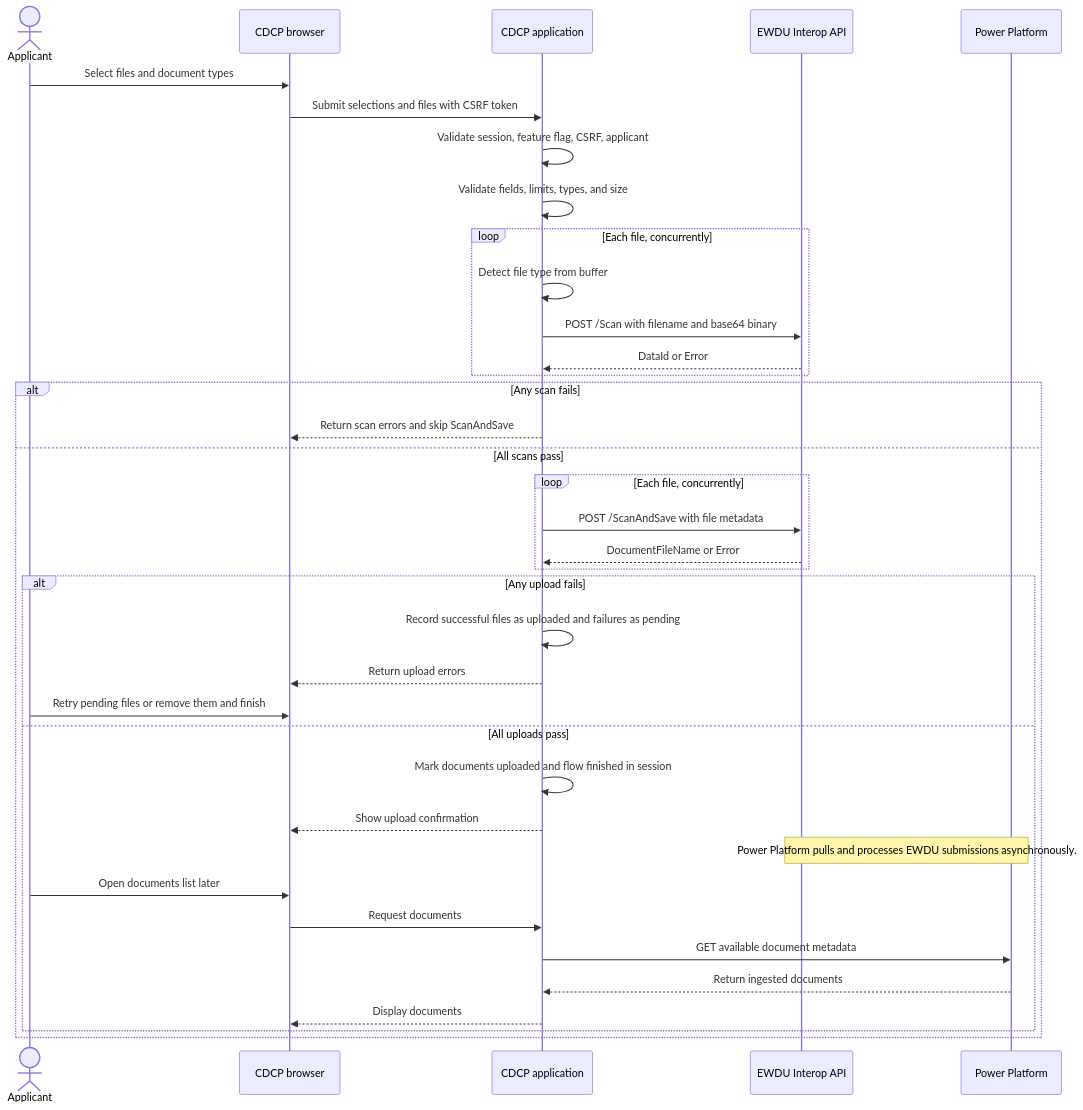
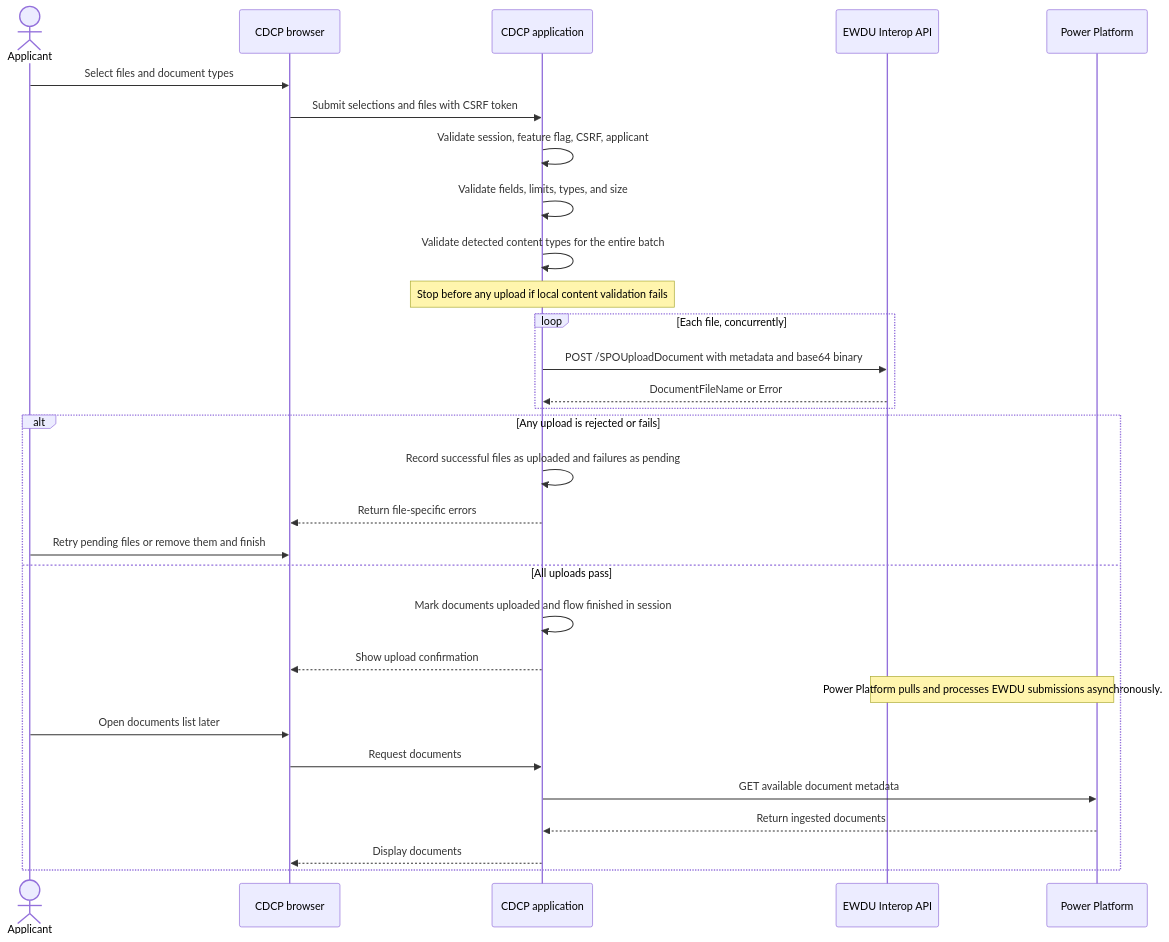
One commit to STN-DTS/canadian-dental-care-plan changed the diagram in frontend/other/docs/document-upload-feature.md. Above: the diagram before and after it, drawn with Mermaid. The commit also changed other lines of this file and 14 other files, not shown here.

Commit message:
remove duplicate document scann and update errors

````diff
--- a/frontend/other/docs/document-upload-feature.md
+++ b/frontend/other/docs/document-upload-feature.md
@@ -156,40 +156,33 @@
 ```mermaid
 sequenceDiagram
     actor Applicant
     participant Browser as CDCP browser
     participant App as CDCP application
     participant EWDU as EWDU Interop API
     participant PP as Power Platform
 
     Applicant->>Browser: Select files and document types
     Browser->>App: Submit selections and files with CSRF token
     App->>App: Validate session, feature flag, CSRF, applicant
     App->>App: Validate fields, limits, types, and size
+    App->>App: Validate detected content types for the entire batch
+    Note over App: Stop before any upload if local content validation fails
     loop Each file, concurrently
-      App->>App: Detect file type from buffer
-      App->>EWDU: POST /Scan with filename and base64 binary
-      EWDU-->>App: DataId or Error
+      App->>EWDU: POST /SPOUploadDocument with metadata and base64 binary
+      EWDU-->>App: DocumentFileName or Error
     end
-    alt Any scan fails
-      App-->>Browser: Return scan errors and skip ScanAndSave
-    else All scans pass
-      loop Each file, concurrently
-        App->>EWDU: POST /ScanAndSave with file metadata
-        EWDU-->>App: DocumentFileName or Error
-      end
-      alt Any upload fails
-        App->>App: Record successful files as uploaded and failures as pending
-        App-->>Browser: Return upload errors
-        Applicant->>Browser: Retry pending files or remove them and finish
-      else All uploads pass
-        App->>App: Mark documents uploaded and flow finished in session
-        App-->>Browser: Show upload confirmation
-        Note over EWDU,PP: Power Platform pulls and processes EWDU submissions asynchronously.
-        Applicant->>Browser: Open documents list later
-        Browser->>App: Request documents
-        App->>PP: GET available document metadata
-        PP-->>App: Return ingested documents
-        App-->>Browser: Display documents
-      end
+    alt Any upload is rejected or fails
+      App->>App: Record successful files as uploaded and failures as pending
+      App-->>Browser: Return file-specific errors
+      Applicant->>Browser: Retry pending files or remove them and finish
+    else All uploads pass
+      App->>App: Mark documents uploaded and flow finished in session
+      App-->>Browser: Show upload confirmation
+      Note over EWDU,PP: Power Platform pulls and processes EWDU submissions asynchronously.
+      Applicant->>Browser: Open documents list later
+      Browser->>App: Request documents
+      App->>PP: GET available document metadata
+      PP-->>App: Return ingested documents
+      App-->>Browser: Display documents
     end
 ```
````
